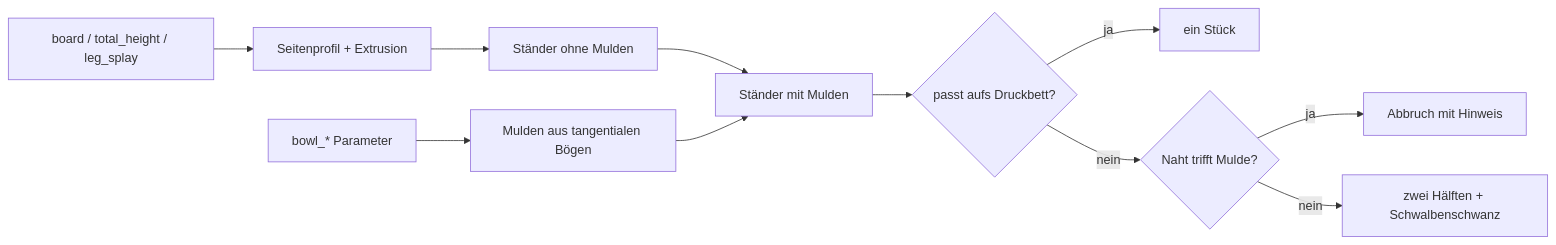
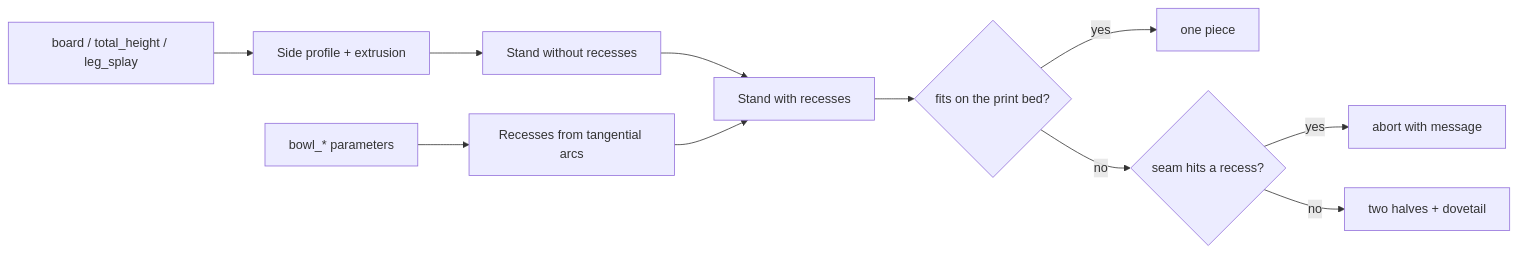
Before and after one commit to BetaHydri/parametric-cad-models: the diagram in models/parametric-dog-bowl-table/README.md, drawn with Mermaid. The commit also changed other lines of this file and 57 other files, not shown here.

````diff
--- a/models/parametric-dog-bowl-table/README.md
+++ b/models/parametric-dog-bowl-table/README.md
@@ -223,13 +219,13 @@
 ```mermaid
 flowchart LR
-    P[board / total_height / leg_splay] --> S[Seitenprofil + Extrusion]
-    S --> T[Ständer ohne Mulden]
-    B[bowl_* Parameter] --> M[Mulden aus tangentialen Bögen]
-    T --> D[Ständer mit Mulden]
+    P[board / total_height / leg_splay] --> S[Side profile + extrusion]
+    S --> T[Stand without recesses]
+    B[bowl_* parameters] --> M[Recesses from tangential arcs]
+    T --> D[Stand with recesses]
     M --> D
-    D --> C{passt aufs Druckbett?}
-    C -- ja --> W[ein Stück]
-    C -- nein --> V{Naht trifft Mulde?}
-    V -- ja --> E[Abbruch mit Hinweis]
-    V -- nein --> H[zwei Hälften + Schwalbenschwanz]
+    D --> C{fits on the print bed?}
+    C -- yes --> W[one piece]
+    C -- no --> V{seam hits a recess?}
+    V -- yes --> E[abort with message]
+    V -- no --> H[two halves + dovetail]
 ```
````
